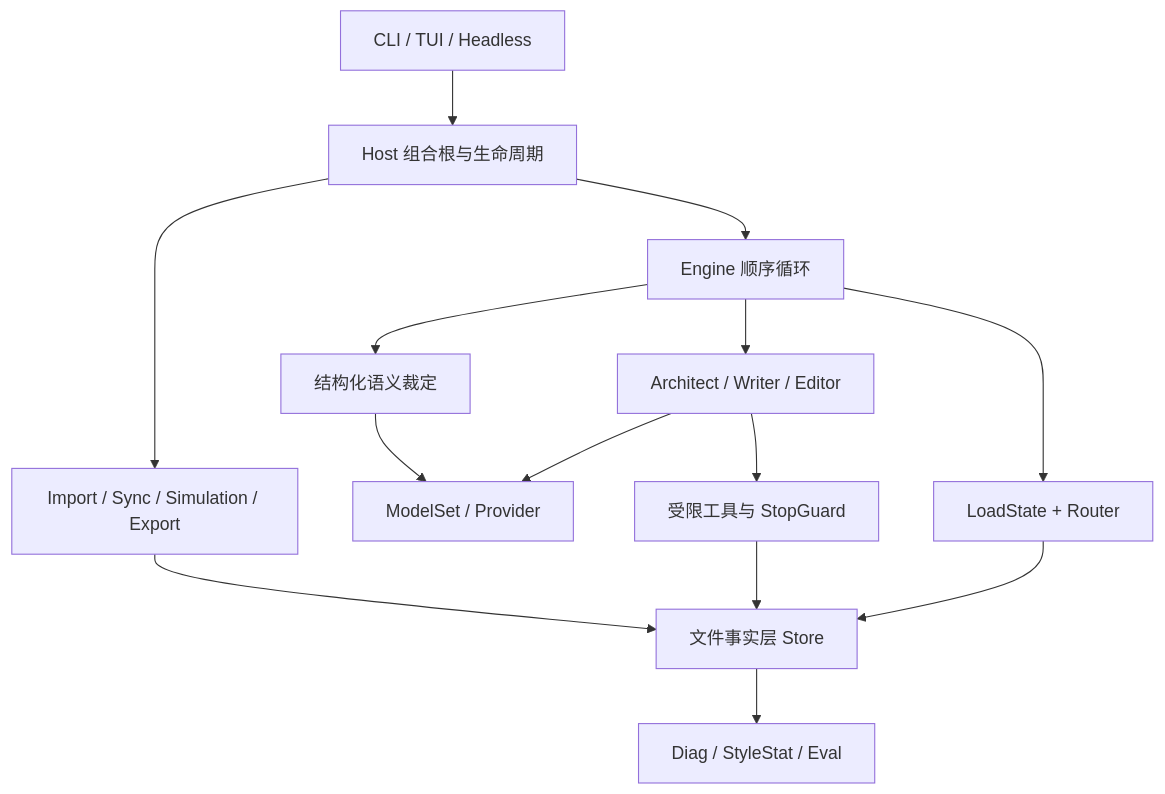
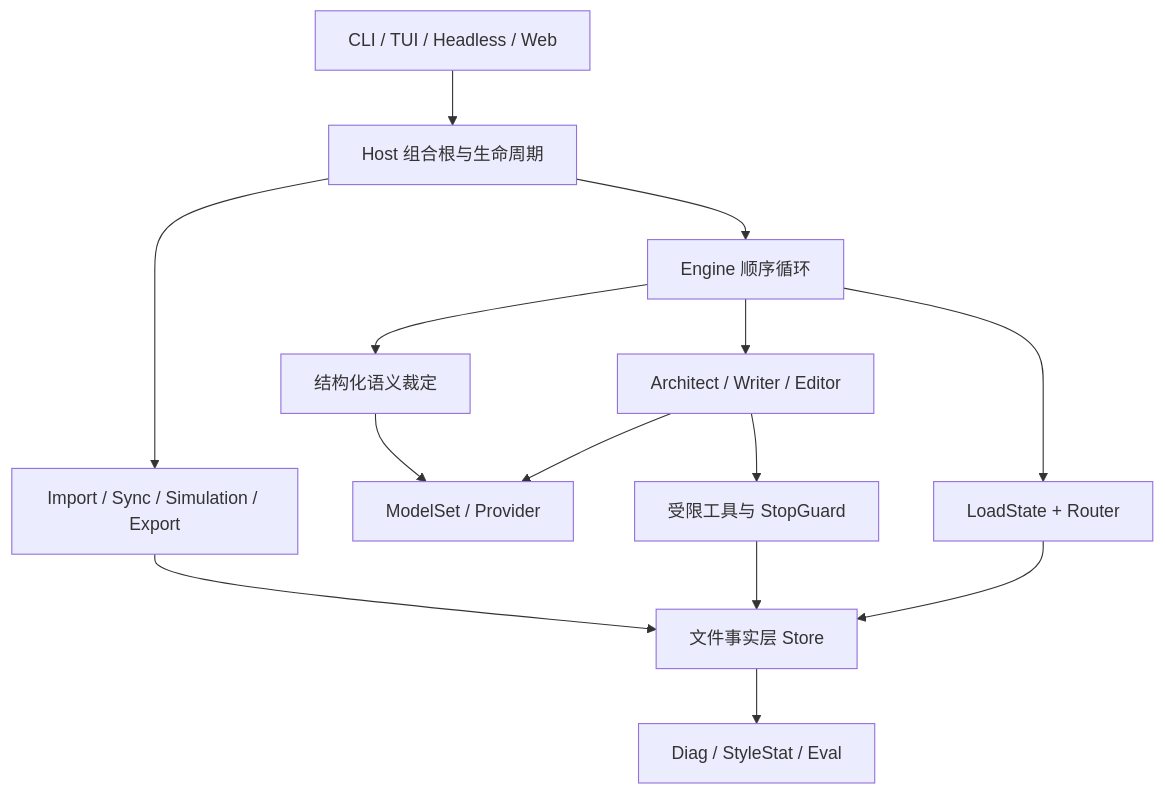
One commit to hansshaw/OpenNoval changed the first of 2 diagrams in docs/project-analysis-report.md. Above: the diagram before and after it, drawn with Mermaid. The commit also changed other lines of this file and 16 other files, not shown here.

````diff
--- a/docs/project-analysis-report.md
+++ b/docs/project-analysis-report.md
@@ -39,16 +39,16 @@
 ```mermaid
 flowchart TB
-  Entry[CLI / TUI / Headless] --> Host[Host 组合根与生命周期]
+  Entry[CLI / TUI / Headless / Web] --> Host[Host 组合根与生命周期]
   Host --> Engine[Engine 顺序循环]
   Engine --> Flow[LoadState + Router]
   Flow --> Store[文件事实层 Store]
   Engine --> Worker[Architect / Writer / Editor]
   Engine --> Arbiter[结构化语义裁定]
   Worker --> Model[ModelSet / Provider]
   Arbiter --> Model
   Worker --> Tools[受限工具与 StopGuard]
   Tools --> Store
   Host --> Other[Import / Sync / Simulation / Export]
   Other --> Store
   Store --> Observe[Diag / StyleStat / Eval]
 ```
````
